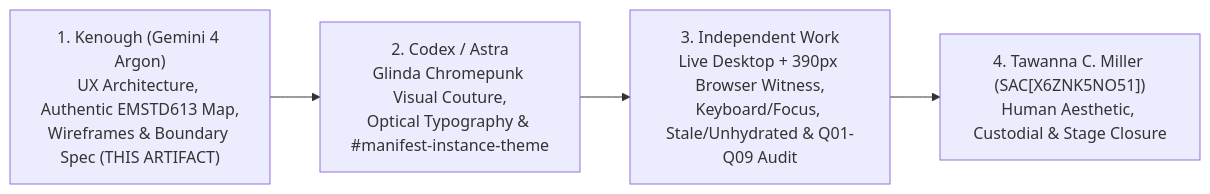
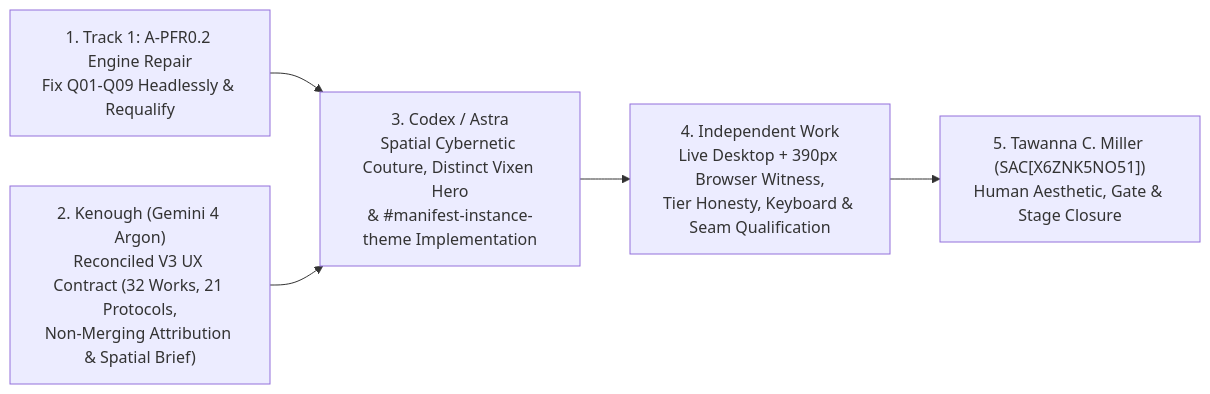
The diagram in docs/reviews/vixen-ux-architecture-20261106/VIXEN_CYBERNETICS_UX_ARCHITECTURE_SPECIFICATION.md (tauric-diana-613/TD613-TCP), drawn with Mermaid before and after one commit. The commit also changed other lines of this file and 6 other files, not shown here.

Commit message:
docs(vixen-ux): V3 source reconciliation (32 Works, 21 Protocols, Attribution & Capability Tiers) [SAC X6ZNK5NO51]

````diff
--- a/docs/reviews/vixen-ux-architecture-20261106/VIXEN_CYBERNETICS_UX_ARCHITECTURE_SPECIFICATION.md
+++ b/docs/reviews/vixen-ux-architecture-20261106/VIXEN_CYBERNETICS_UX_ARCHITECTURE_SPECIFICATION.md
@@ -289,9 +346,11 @@
 ```mermaid
 flowchart LR
-  K["1. Kenough (Gemini 4 Argon)<br/>UX Architecture, Authentic EMSTD613 Map,<br/>Wireframes & Boundary Spec (THIS ARTIFACT)"]
-  CA["2. Codex / Astra<br/>Glinda Chromepunk Visual Couture,<br/>Optical Typography & #manifest-instance-theme"]
-  IW["3. Independent Work<br/>Live Desktop + 390px Browser Witness,<br/>Keyboard/Focus, Stale/Unhydrated & Q01-Q09 Audit"]
-  OP["4. Tawanna C. Miller (SAC[X6ZNK5NO51])<br/>Human Aesthetic, Custodial & Stage Closure"]
+  A1["1. Track 1: A-PFR0.2 Engine Repair<br/>Fix Q01-Q09 Headlessly & Requalify"]
+  UX["2. Kenough (Gemini 4 Argon)<br/>Reconciled V3 UX Contract (32 Works, 21 Protocols,<br/>Non-Merging Attribution & Spatial Brief)"]
+  CA["3. Codex / Astra<br/>Spatial Cybernetic Couture, Distinct Vixen Hero<br/>& #manifest-instance-theme Implementation"]
+  IW["4. Independent Work<br/>Live Desktop + 390px Browser Witness,<br/>Tier Honesty, Keyboard & Seam Qualification"]
+  OP["5. Tawanna C. Miller (SAC[X6ZNK5NO51])<br/>Human Aesthetic, Gate & Stage Closure"]
 
-  K --> CA --> IW --> OP
+  A1 --> CA
+  UX --> CA --> IW --> OP
 ```
````
